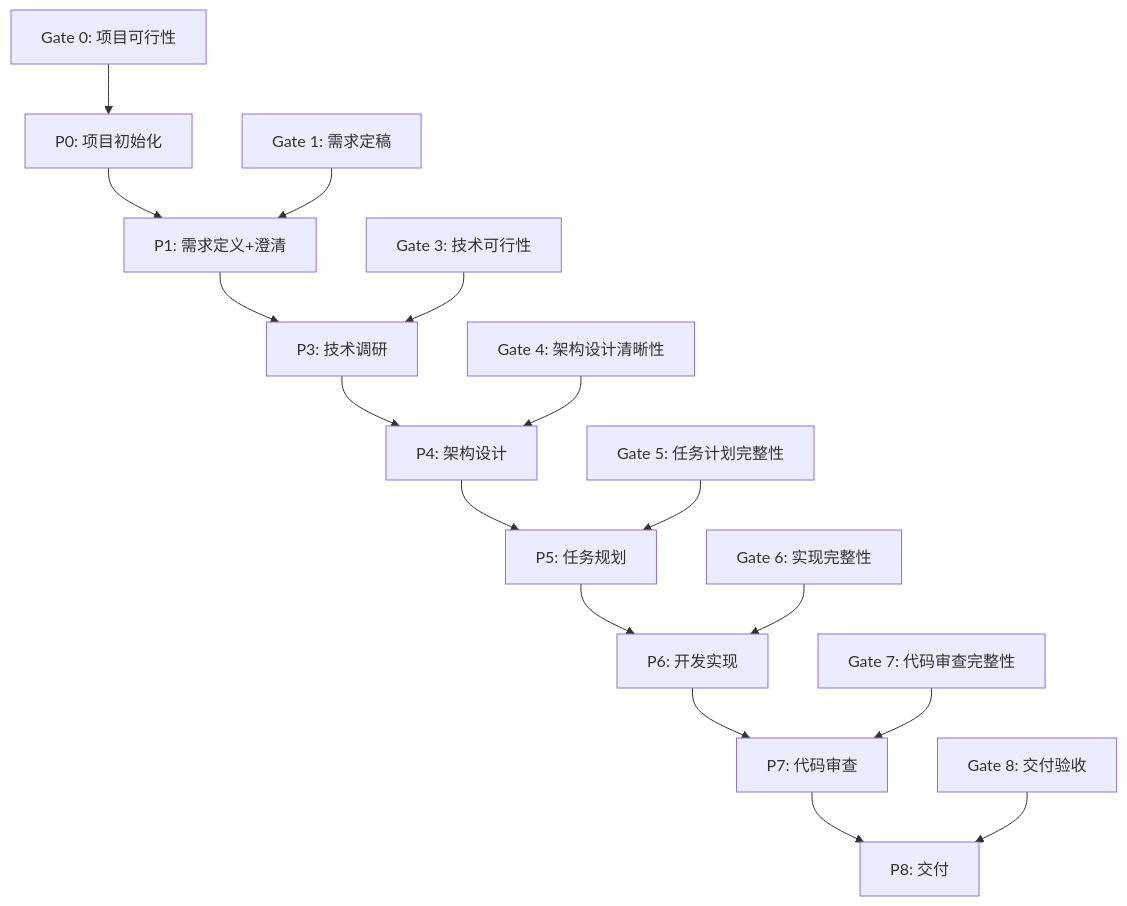
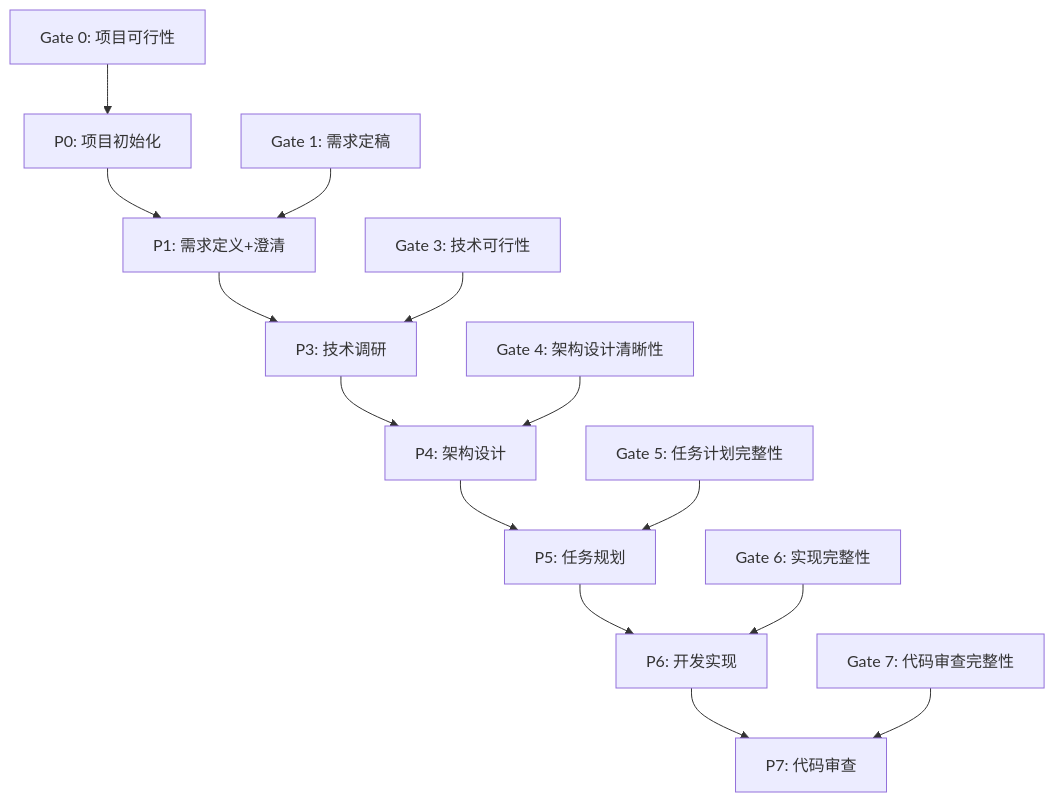
The first of 2 diagrams in docs/powerby-workflow-complete-guide.md (chenchiyuan/powerby-skills), drawn with Mermaid before and after one commit. The commit also changed other lines of this file and 3 other files, not shown here.

````diff
--- a/docs/powerby-workflow-complete-guide.md
+++ b/docs/powerby-workflow-complete-guide.md
@@ -161,19 +163,17 @@
 ```mermaid
 graph TD
     P0[P0: 项目初始化] --> P1[P1: 需求定义+澄清]
     P1 --> P3[P3: 技术调研]
     P3 --> P4[P4: 架构设计]
     P4 --> P5[P5: 任务规划]
     P5 --> P6[P6: 开发实现]
     P6 --> P7[P7: 代码审查]
-    P7 --> P8[P8: 交付]
 
     Gate0[Gate 0: 项目可行性] --> P0
     Gate1[Gate 1: 需求定稿] --> P1
     Gate3[Gate 3: 技术可行性] --> P3
     Gate4[Gate 4: 架构设计清晰性] --> P4
     Gate5[Gate 5: 任务计划完整性] --> P5
     Gate6[Gate 6: 实现完整性] --> P6
     Gate7[Gate 7: 代码审查完整性] --> P7
-    Gate8[Gate 8: 交付验收] --> P8
 ```
````
